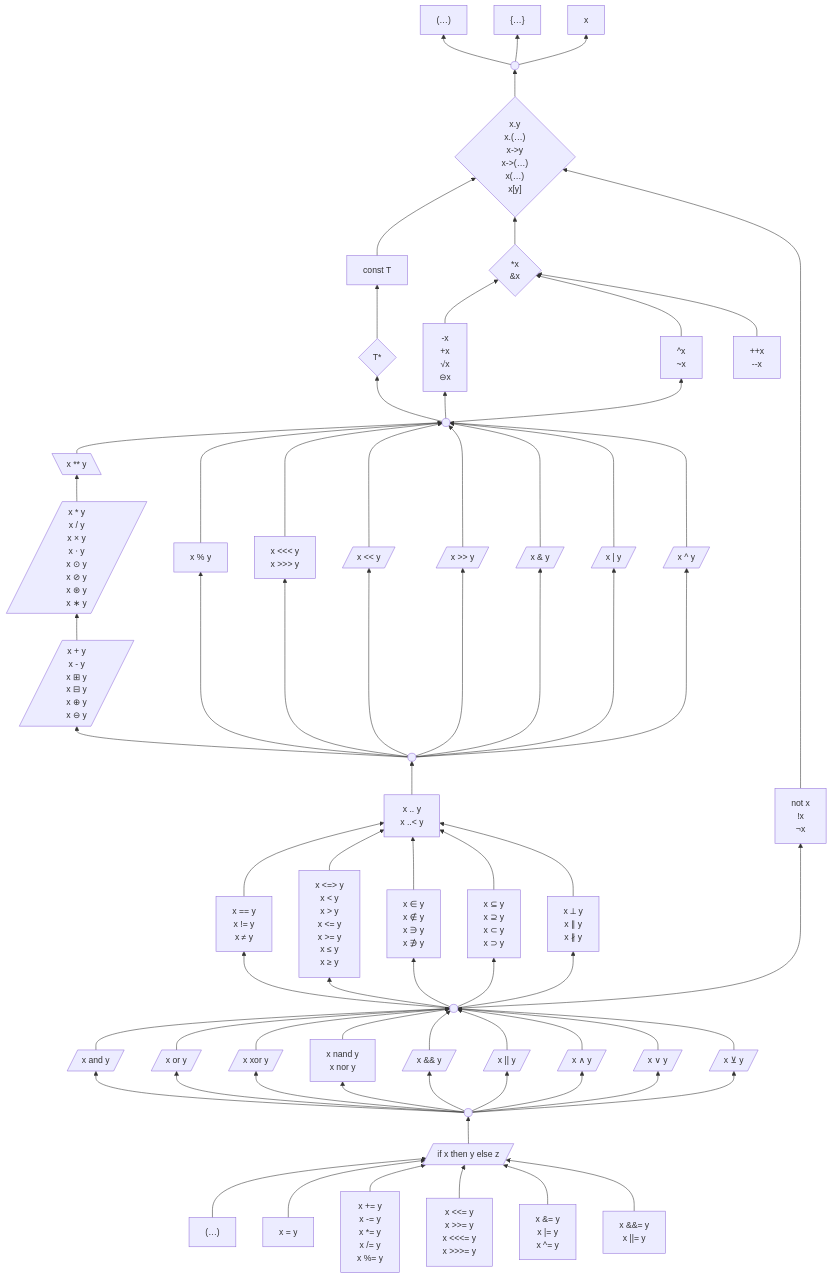
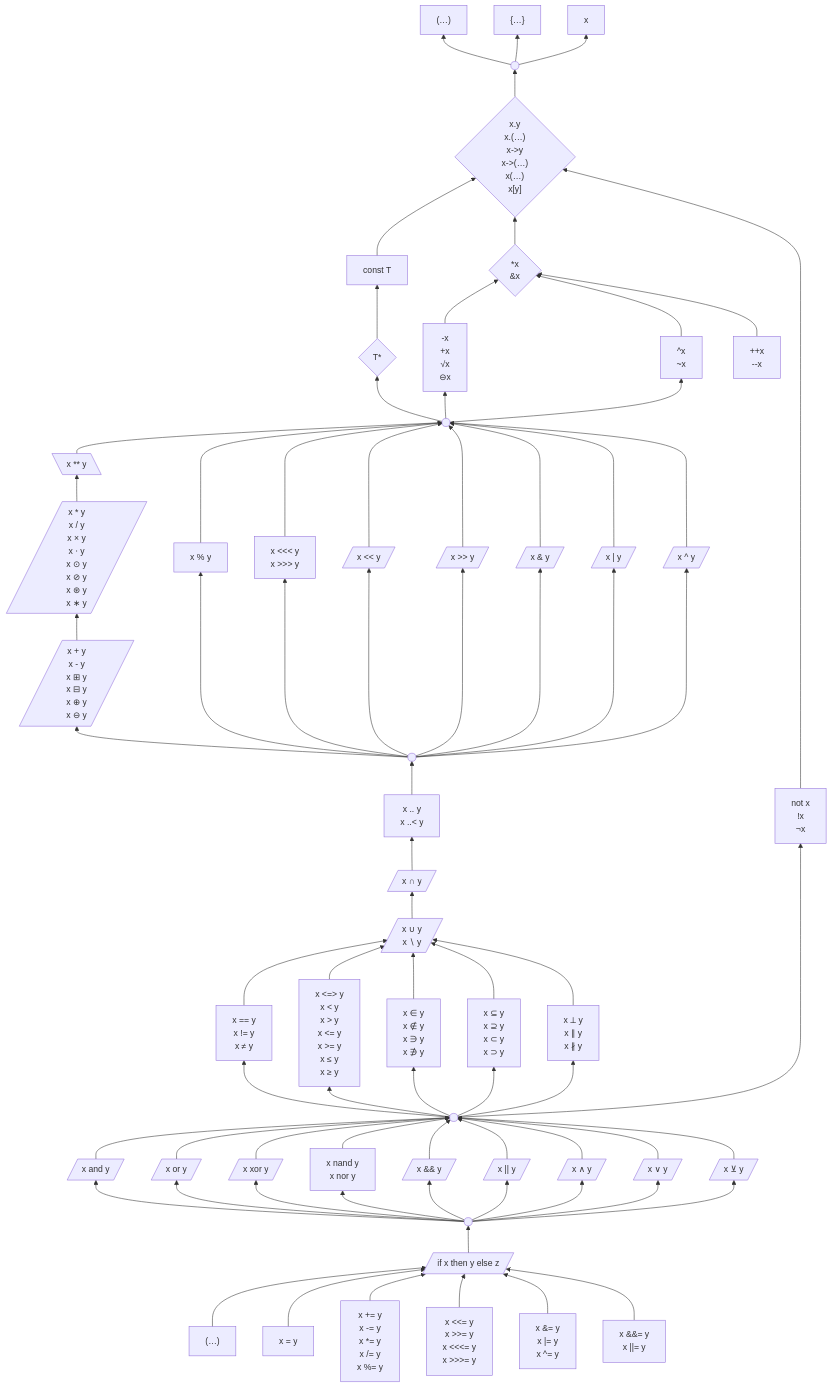
Before and after one commit to laro/Cilia: the first of 2 diagrams in 6 .../2 Unfinished Ideas.md, drawn with Mermaid. The commit also changed other lines of this file, not shown here.

Commit message:
Update 2 Unfinished Ideas.md

```diff
--- a/6 .../2 Unfinished Ideas.md
+++ b/6 .../2 Unfinished Ideas.md
@@ -238,12 +239,12 @@
     binaryOps --> addition & modulo & rotate & shiftLeft & shiftRight & bitwiseAnd & bitwiseOr & bitwiseXor
     binaryOps((" "))
 
-    %% Ranges bind looser than arithmetic/bitwise, tighter than the relational operators
+    %% Ranges bind looser than arithmetic/bitwise, tighter than set union/intersection; those bind tighter than the relational operators
     range --> binaryOps
     range["x .. y
            x ..< y"]
 
-    equality & comparison & membership & subset & parallel --> range
+    equality & comparison & membership & subset & parallel --> union
     equality["x == y
               x != y
               x ≠ y"]
@@ -265,6 +266,11 @@
     parallel["x ⟂ y
               x ∥ y
               x ∦ y"]
+    union[/"x ∪ y
+           x ∖ y"/]
+    intersection[/"x ∩ y"/]
+    union --> intersection
+    intersection --> range
 
     %% Use a longer arrow here to put `not` next to other unary operators
     not ---------> suffixOps
```
